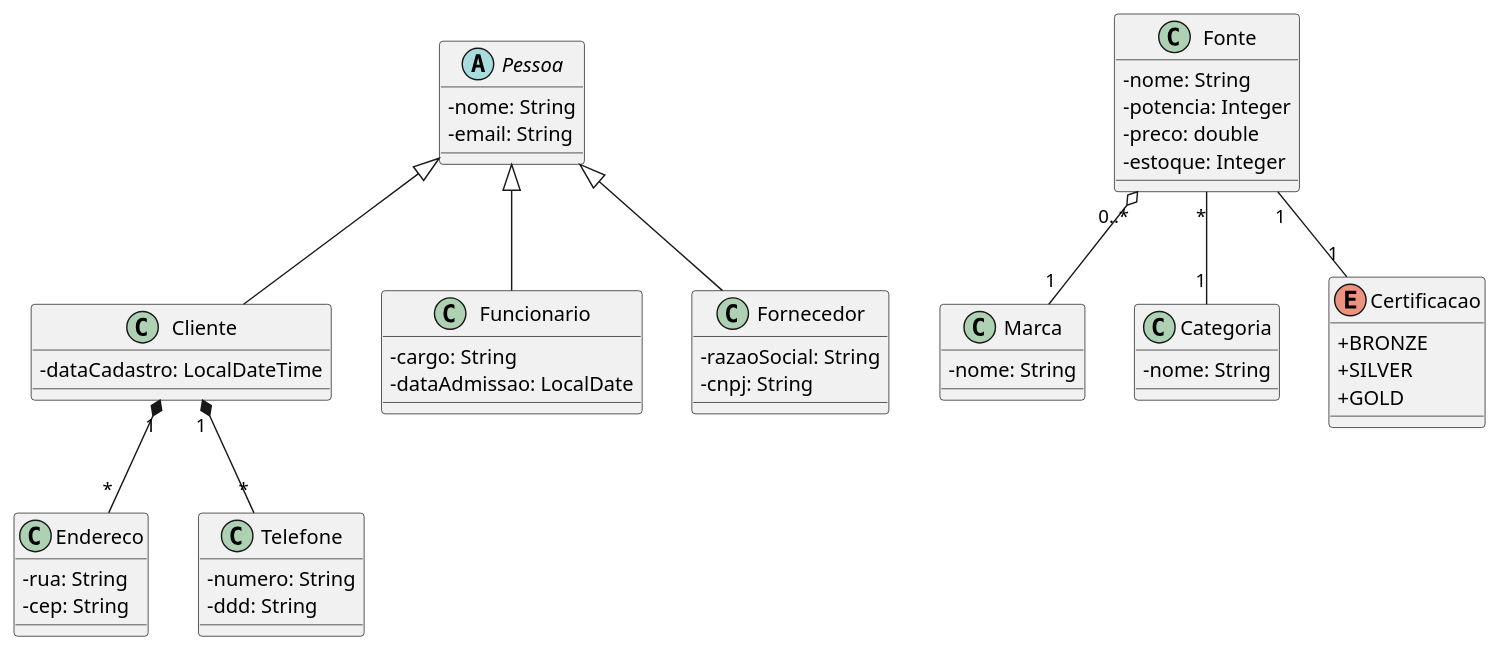
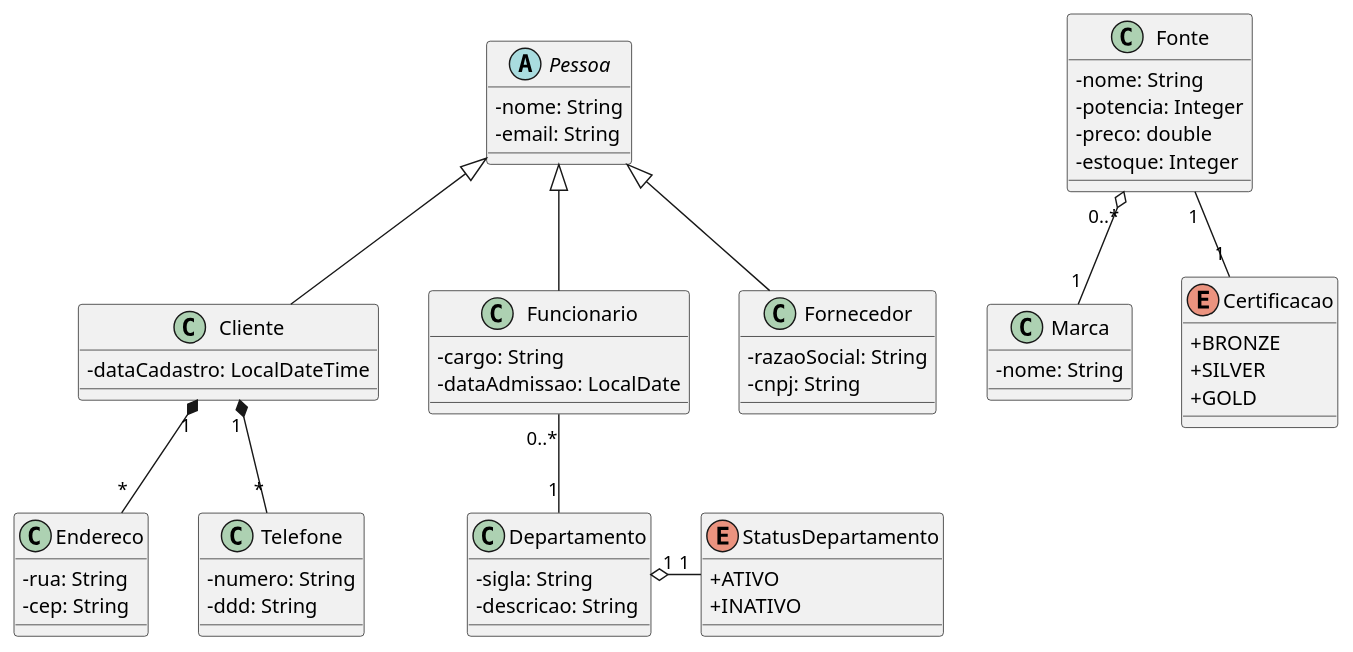
One commit to BielGG9/fontestp1 changed the diagram in src/main/resources/UML.puml. Above: the diagram before and after it, drawn with PlantUML. The commit also changed 8 other files, not shown here.

Commit message:
FORNECEDOR E UML PRONTO

```diff
--- a/src/main/resources/UML.puml
+++ b/src/main/resources/UML.puml
@@ -1,55 +1,62 @@
 @startuml
 
 skinparam classAttributeIconSize 0
 
-abstract class Pessoa   {
+abstract class Pessoa {
   -nome: String
   -email: String
 }
 
-
 class Cliente extends Pessoa {
   -dataCadastro: LocalDateTime
 }
-class Endereco   {
+class Endereco {
   -rua: String
   -cep: String
 }
-class Telefone   {
+class Telefone {
   -numero: String
   -ddd: String
+}
+
+Class Departamento {
+  -sigla: String
+  -descricao: String
+}
+enum StatusDepartamento {
+  + ATIVO
+  + INATIVO
 }
 class Funcionario extends Pessoa {
   -cargo: String
   -dataAdmissao: LocalDate
 }
 class Fornecedor extends Pessoa {
   -razaoSocial: String
   -cnpj: String
 }
-class Fonte   {
+class Fonte {
   -nome: String
   -potencia: Integer
   -preco: double
   -estoque: Integer
 }
-class Marca   {
-  -nome: String
-}
-class Categoria   {
+class Marca {
   -nome: String
 }
 enum Certificacao {
-  + BRONZE 
+  + BRONZE
   + SILVER
   + GOLD
 }
 
 Cliente "1" *-- "*" Endereco
 Cliente "1" *-- "*" Telefone
-
+Funcionario "0..*" -- "1" Departamento
 Fonte "0..*" o-- "1" Marca
-Fonte "*" -- "1" Categoria
 Fonte "1" -- "1" Certificacao
 
+Departamento "1" o-right--- "1" StatusDepartamento
+
+
 @enduml
```
